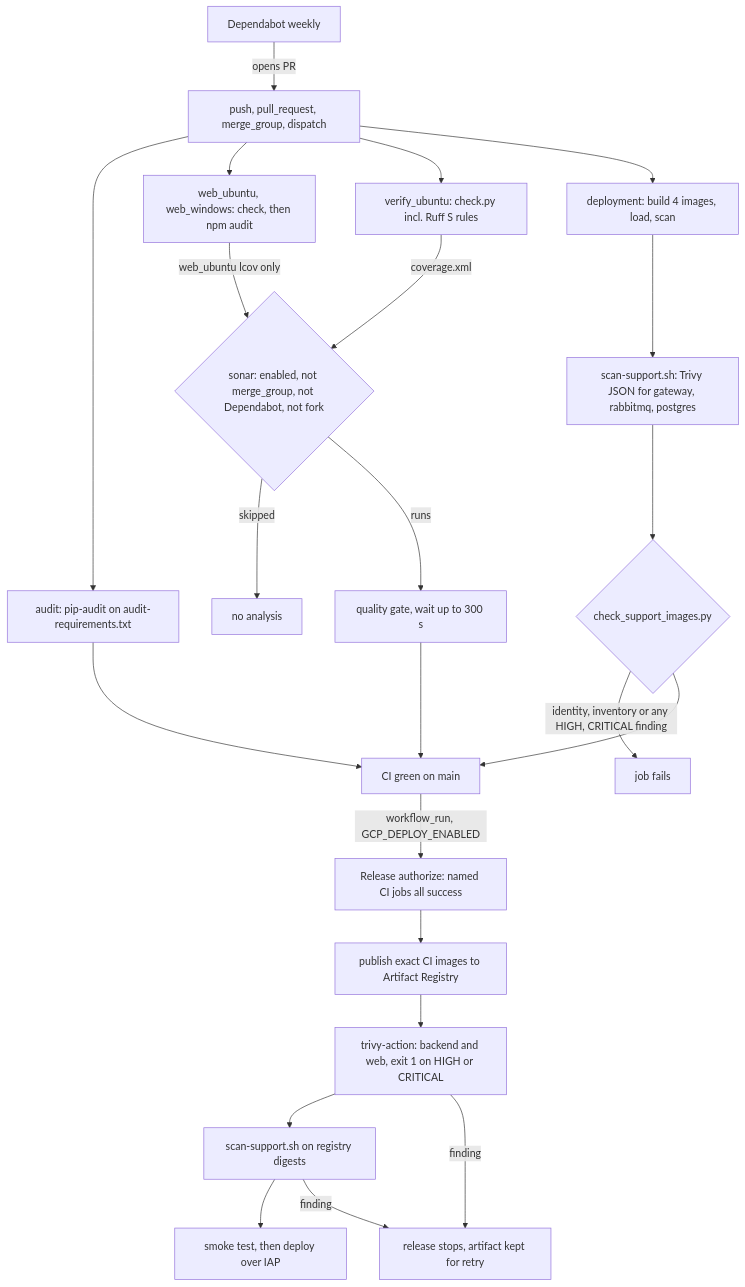
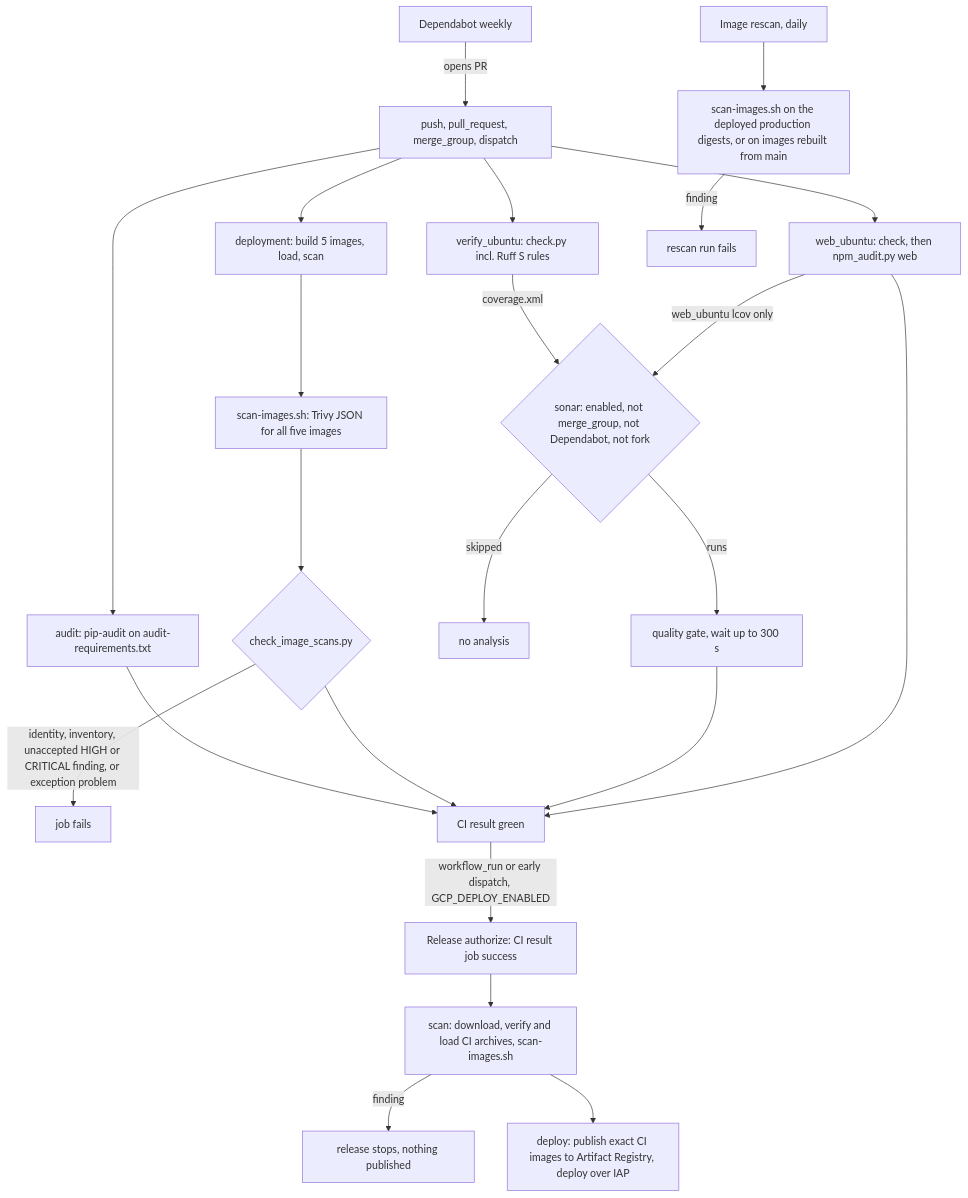
One commit to erkurtharun/pyracast changed the diagram in docs/flows/dependency-and-code-scanning.md. Above: the diagram before and after it, drawn with Mermaid. The commit also changed other lines of this file and 17 other files, not shown here.

First line of the commit message:
Bring the operations and delivery flow pages in line with the code

````diff
--- a/docs/flows/dependency-and-code-scanning.md
+++ b/docs/flows/dependency-and-code-scanning.md
@@ -19,25 +20,25 @@
 ```mermaid
 flowchart TD
   trig["push, pull_request, merge_group, dispatch"] --> aud["audit: pip-audit on audit-requirements.txt"]
-  trig --> web["web_ubuntu, web_windows: check, then npm audit"]
+  trig --> web["web_ubuntu: check, then npm_audit.py web"]
   trig --> ver["verify_ubuntu: check.py incl. Ruff S rules"]
-  trig --> dep["deployment: build 4 images, load, scan"]
+  trig --> dep["deployment: build 5 images, load, scan"]
   dbot["Dependabot weekly"] -->|"opens PR"| trig
-  dep --> ss["scan-support.sh: Trivy JSON for gateway, rabbitmq, postgres"]
-  ss --> chk{"check_support_images.py"}
-  chk -->|"identity, inventory or any HIGH, CRITICAL finding"| red["job fails"]
+  dep --> ss["scan-images.sh: Trivy JSON for all five images"]
+  ss --> chk{"check_image_scans.py"}
+  chk -->|"identity, inventory, unaccepted HIGH or CRITICAL finding, or exception problem"| red["job fails"]
   ver -->|"coverage.xml"| son
   web -->|"web_ubuntu lcov only"| son{"sonar: enabled, not merge_group, not Dependabot, not fork"}
   son -->|"skipped"| skip["no analysis"]
   son -->|"runs"| qg["quality gate, wait up to 300 s"]
-  aud --> ok["CI green on main"]
+  aud --> ok["CI result green"]
   chk --> ok
   qg --> ok
-  ok -->|"workflow_run, GCP_DEPLOY_ENABLED"| auth["Release authorize: named CI jobs all success"]
-  auth --> pub["publish exact CI images to Artifact Registry"]
-  pub --> tr["trivy-action: backend and web, exit 1 on HIGH or CRITICAL"]
-  tr --> ss2["scan-support.sh on registry digests"]
-  ss2 --> smoke["smoke test, then deploy over IAP"]
-  tr -->|"finding"| stop["release stops, artifact kept for retry"]
-  ss2 -->|"finding"| stop
+  web --> ok
+  ok -->|"workflow_run or early dispatch, GCP_DEPLOY_ENABLED"| auth["Release authorize: CI result job success"]
+  auth --> rs["scan: download, verify and load CI archives, scan-images.sh"]
+  rs -->|"finding"| stop["release stops, nothing published"]
+  rs --> pub["deploy: publish exact CI images to Artifact Registry, deploy over IAP"]
+  daily["Image rescan, daily"] --> ss2["scan-images.sh on the deployed production digests, or on images rebuilt from main"]
+  ss2 -->|"finding"| red2["rescan run fails"]
 ```
````
